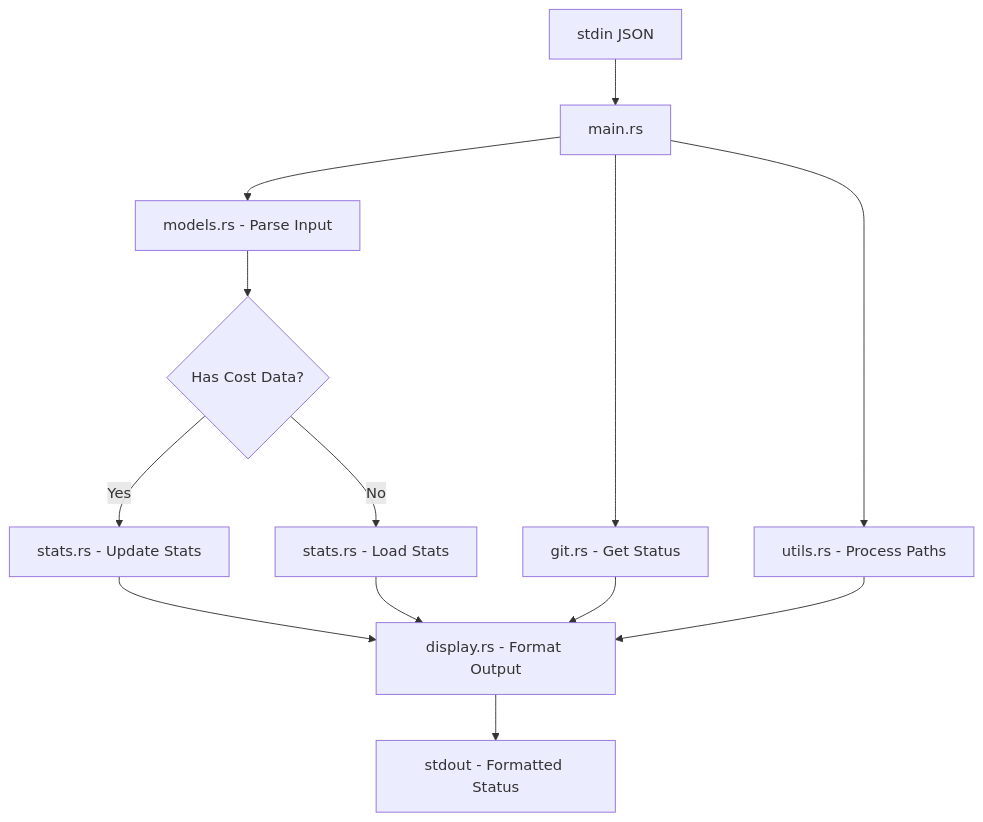
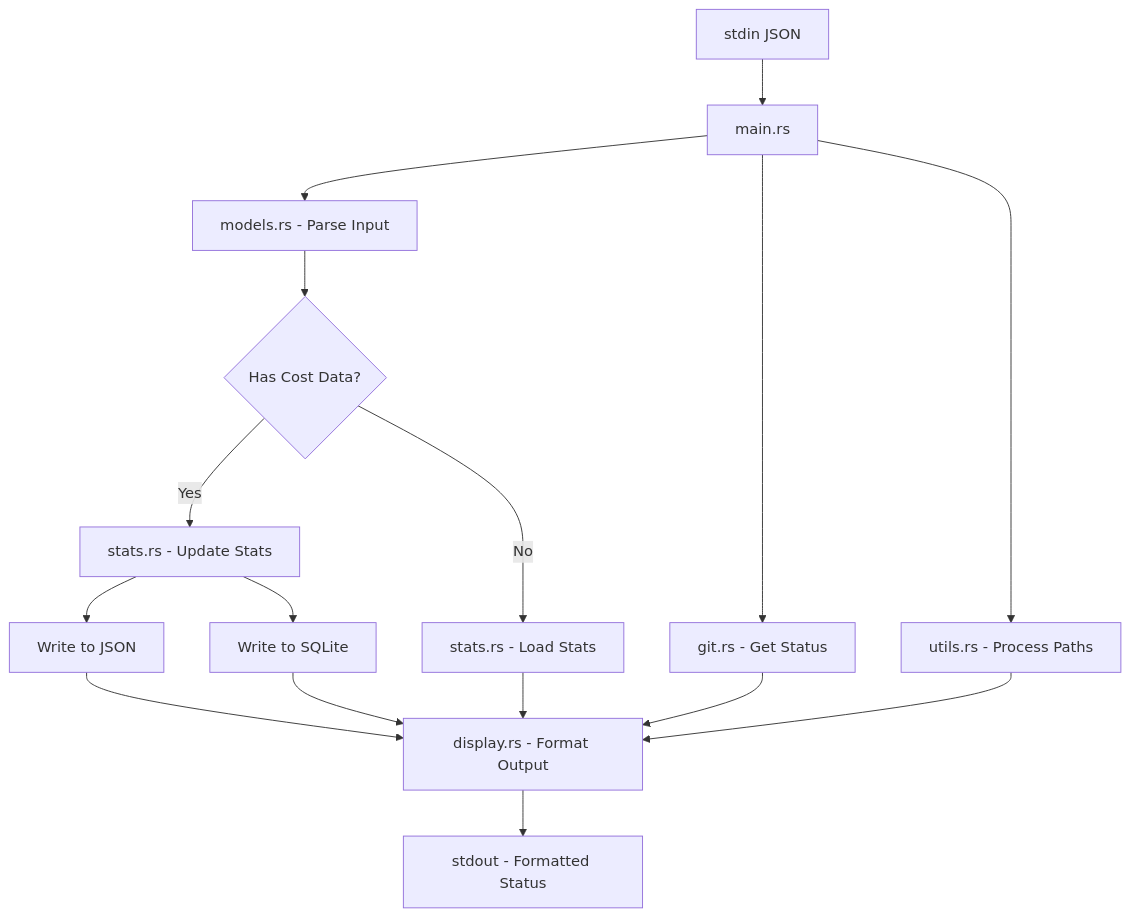
The diagram in ARCHITECTURE.md (hagan/claudia-statusline), drawn with Mermaid before and after one commit. The commit also changed other lines of this file and 10 other files, not shown here.

````diff
--- a/ARCHITECTURE.md
+++ b/ARCHITECTURE.md
@@ -100,15 +128,18 @@
 ```mermaid
 graph TD
     A[stdin JSON] --> B[main.rs]
     B --> C[models.rs - Parse Input]
     C --> D{Has Cost Data?}
     D -->|Yes| E[stats.rs - Update Stats]
+    E --> E1[Write to JSON]
+    E --> E2[Write to SQLite]
     D -->|No| F[stats.rs - Load Stats]
     B --> G[git.rs - Get Status]
     B --> H[utils.rs - Process Paths]
-    E --> I[display.rs - Format Output]
+    E1 --> I[display.rs - Format Output]
+    E2 --> I
     F --> I
     G --> I
     H --> I
     I --> J[stdout - Formatted Status]
 ```
````
